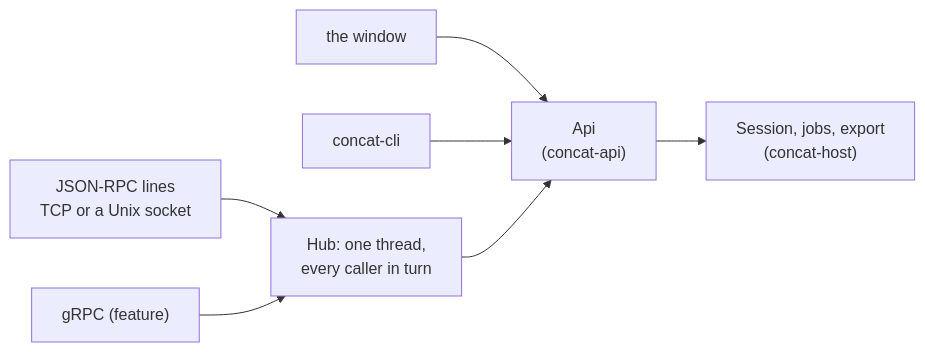
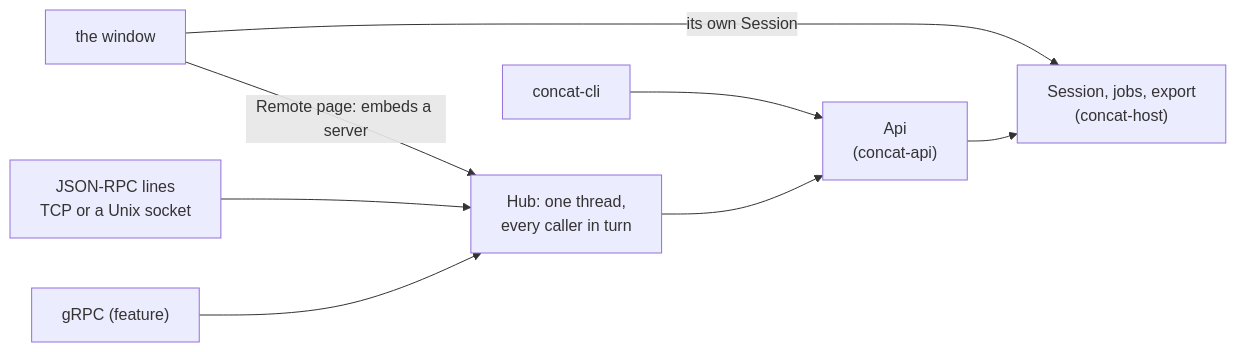
One commit to jub0t/Concat changed the seventh of 7 diagrams in ARCHITECTURE.md. Above: the diagram before and after it, drawn with Mermaid. The commit also changed other lines of this file and 25 other files, not shown here.

First line of the commit message:
fix(api): writes stay under the server's roots, sizes are bounded, the transport has limits, the window and its Remote page share one export slot and one register of open projects

````diff
--- a/ARCHITECTURE.md
+++ b/ARCHITECTURE.md
@@ -256,9 +256,10 @@
 ```mermaid
 flowchart LR
-    window["the window"] --> api
+    window["the window"] -- "Remote page: embeds a server" --> hub
+    window -- "its own Session" --> host
     cli["concat-cli"] --> api
     json["JSON-RPC lines<br/>TCP or a Unix socket"] --> hub
     grpc["gRPC (feature)"] --> hub
     hub["Hub: one thread,<br/>every caller in turn"] --> api["Api<br/>(concat-api)"]
     api --> host["Session, jobs, export<br/>(concat-host)"]
 ```
````
